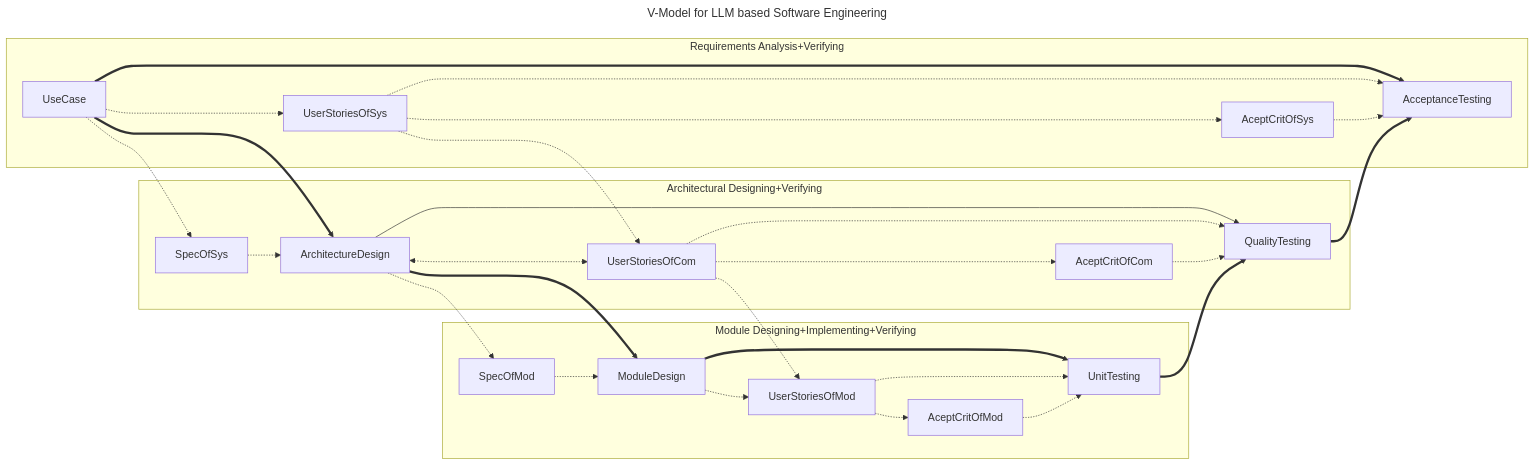
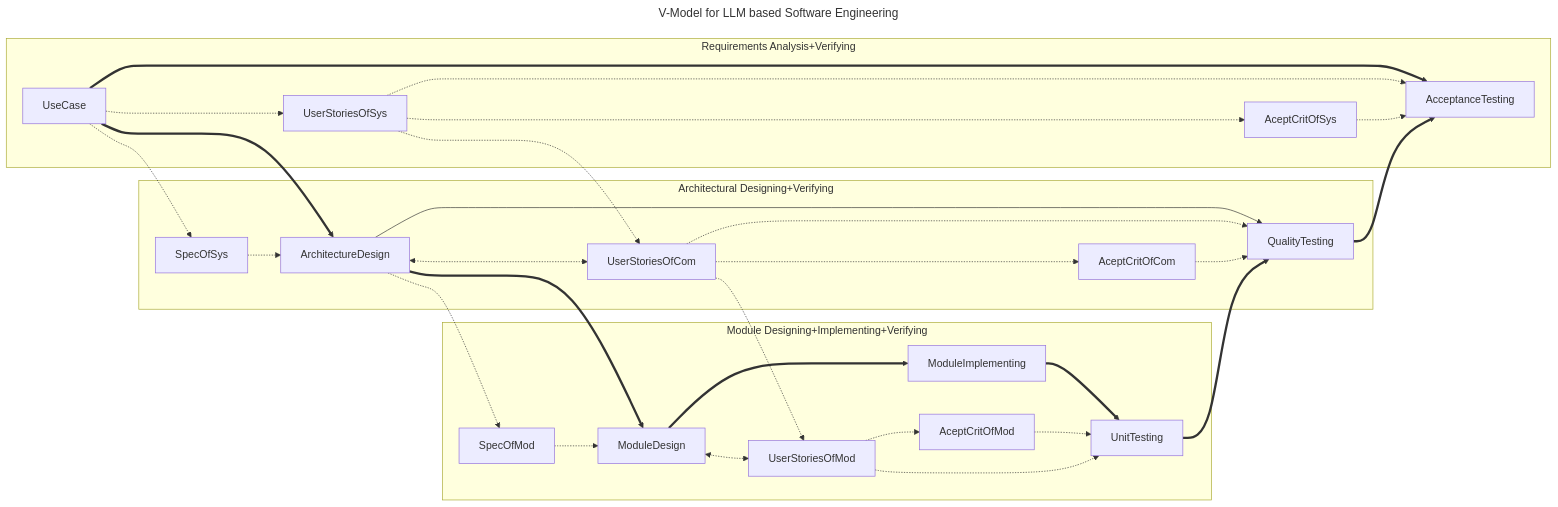
Before and after one commit to EnigmaWU/MyIOC_inTDD_withGHC: the diagram in README_LLMSE.md, drawn with Mermaid.

Commit message:
Refactor graph labels for better readability and maintainability

````diff
--- a/README_LLMSE.md
+++ b/README_LLMSE.md
@@ -11,44 +11,35 @@
 ```mermaid
 ---
 title: V-Model for LLM based Software Engineering
 ---
 graph LR
     subgraph "Requirements Analysis+Verifying"
         UseCase ==> AcceptanceTesting
         UseCase -.-> UserStoriesOfSys
         UserStoriesOfSys -.-> AcceptanceTesting
         UserStoriesOfSys -.-> AceptCritOfSys
         AceptCritOfSys -.-> AcceptanceTesting
         
     end
     subgraph "Architectural Designing+Verifying"
         UseCase ==> ArchitectureDesign
         UseCase -.-> SpecOfSys
         SpecOfSys -.-> ArchitectureDesign
 
         ArchitectureDesign <-.-> UserStoriesOfCom
         ArchitectureDesign --> QualityTesting
         
         UserStoriesOfSys -..-> UserStoriesOfCom
         UserStoriesOfCom -.-> QualityTesting
         UserStoriesOfCom -.-> AceptCritOfCom
 
         AceptCritOfCom -.-> QualityTesting
         QualityTesting ==> AcceptanceTesting
     end
     subgraph "Module Designing+Implementing+Verifying"
-        ArchitectureDesign ==> ModuleDesign
-        ArchitectureDesign -.-> SpecOfMod
-        SpecOfMod -.-> ModuleDesign
-
-        ModuleDesign ==> UnitTesting
-        ModuleDesign -.-> UserStoriesOfMod
-
-        UserStoriesOfCom -.-> UserStoriesOfMod
-        UserStoriesOfMod -.-> UnitTesting
-        UserStoriesOfMod -.-> AceptCritOfMod
-
-        AceptCritOfMod -.-> UnitTesting
-        UnitTesting ==> QualityTesting
+        ArchitectureDesign ==> ModuleDesign ==> ModuleImplementing ==> UnitTesting ==> QualityTesting
+        ArchitectureDesign -.-> SpecOfMod -.-> ModuleDesign
+        ModuleDesign <-.-> UserStoriesOfMod -.-> AceptCritOfMod -.-> UnitTesting
+        UserStoriesOfCom -.-> UserStoriesOfMod -.-> UnitTesting 
     end
 ```
````
